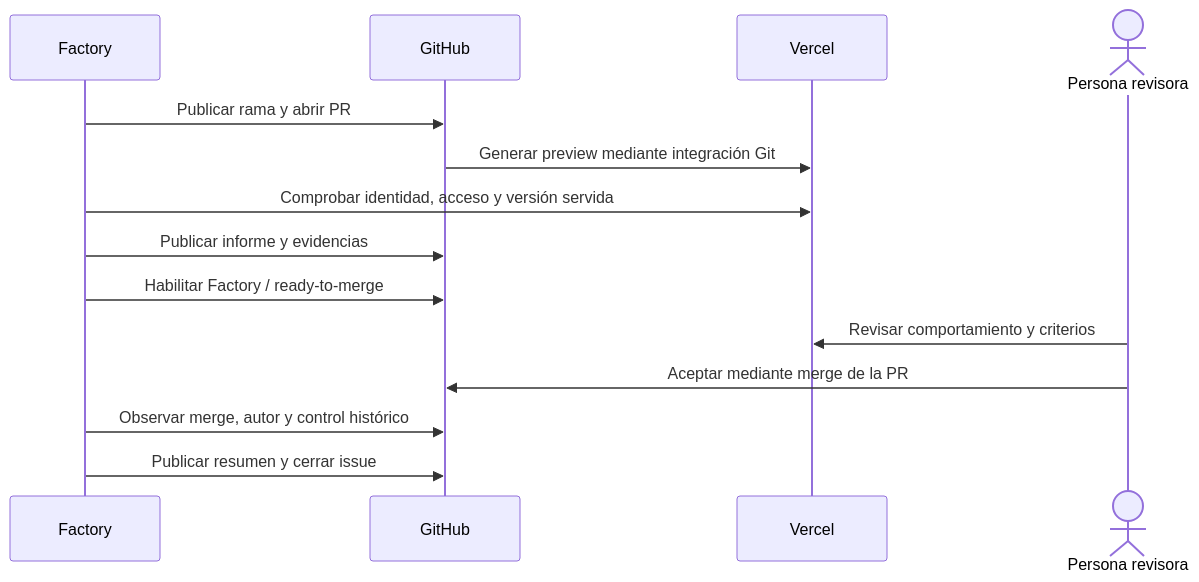
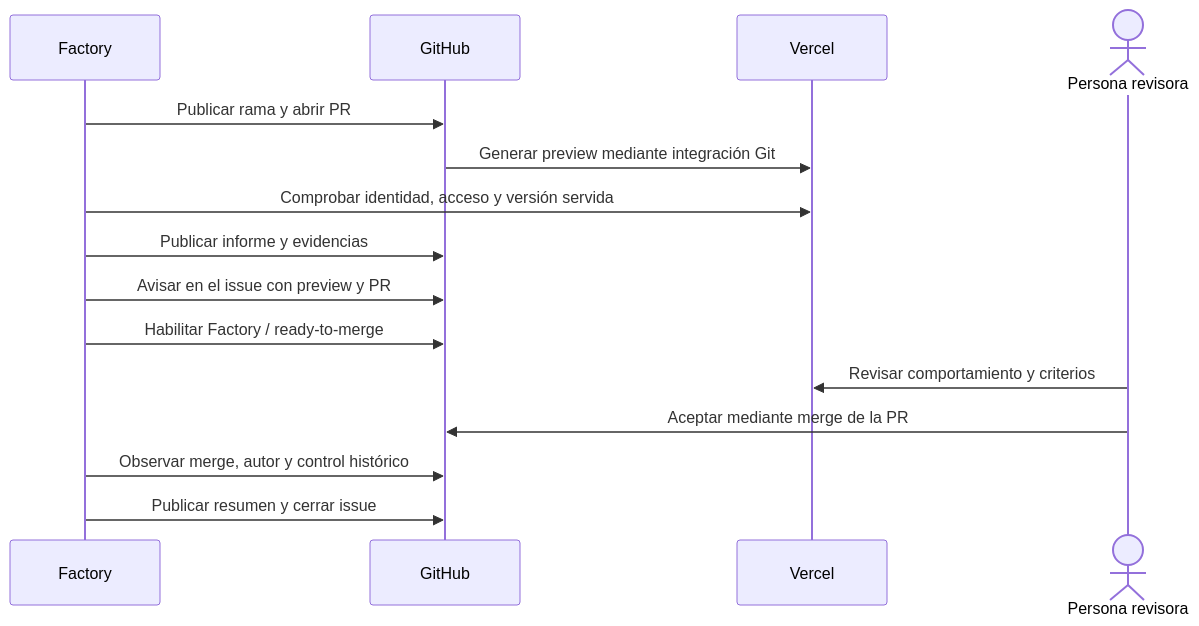
Before and after one commit to rubenbp/app-foundry: the second of 2 diagrams in docs/manual/03-verificacion-y-aceptacion.md, drawn with Mermaid. The commit also changed other lines of this file and 22 other files, not shown here.

Commit message:
Publish preview review notices and project issue state labels

````diff
--- a/docs/manual/03-verificacion-y-aceptacion.md
+++ b/docs/manual/03-verificacion-y-aceptacion.md
@@ -37,16 +37,17 @@
 ```mermaid
 sequenceDiagram
     participant F as Factory
     participant G as GitHub
     participant V as Vercel
     actor H as Persona revisora
     F->>G: Publicar rama y abrir PR
     G->>V: Generar preview mediante integración Git
     F->>V: Comprobar identidad, acceso y versión servida
     F->>G: Publicar informe y evidencias
+    F->>G: Avisar en el issue con preview y PR
     F->>G: Habilitar Factory / ready-to-merge
     H->>V: Revisar comportamiento y criterios
     H->>G: Aceptar mediante merge de la PR
     F->>G: Observar merge, autor y control histórico
     F->>G: Publicar resumen y cerrar issue
 ```
````
